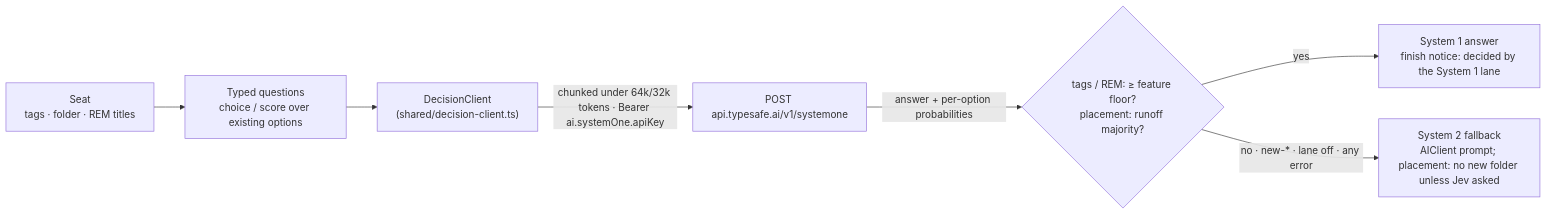
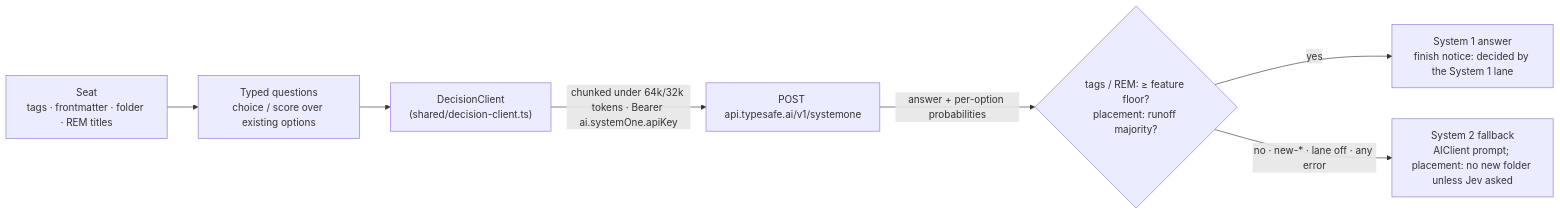
One commit to dustinkeeton/obsidian-synapse changed diagram 13 of 13 in ARCHITECTURE.md. Above: the diagram before and after it, drawn with Mermaid. The commit also changed other lines of this file and 8 other files, not shown here.

````diff
--- a/ARCHITECTURE.md
+++ b/ARCHITECTURE.md
@@ -1056,9 +1056,9 @@
 ```mermaid
 graph LR
-    Seat["Seat<br/>tags · folder · REM titles"] --> Q["Typed questions<br/>choice / score over existing options"]
+    Seat["Seat<br/>tags · frontmatter · folder · REM titles"] --> Q["Typed questions<br/>choice / score over existing options"]
     Q --> DC["DecisionClient<br/>(shared/decision-client.ts)"]
     DC -->|"chunked under 64k/32k tokens · Bearer ai.systemOne.apiKey"| Jev["POST api.typesafe.ai/v1/systemone"]
     Jev -->|"answer + per-option probabilities"| R{"tags / REM: ≥ feature floor?<br/>placement: runoff majority?"}
     R -->|yes| S1["System 1 answer<br/>finish notice: decided by the System 1 lane"]
     R -->|"no · new-* · lane off · any error"| S2["System 2 fallback<br/>AIClient prompt; placement: no new folder unless Jev asked"]
 ```
````
